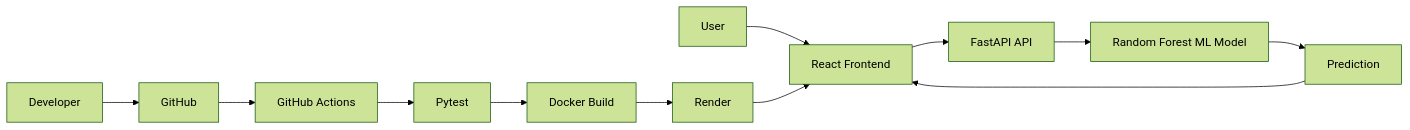
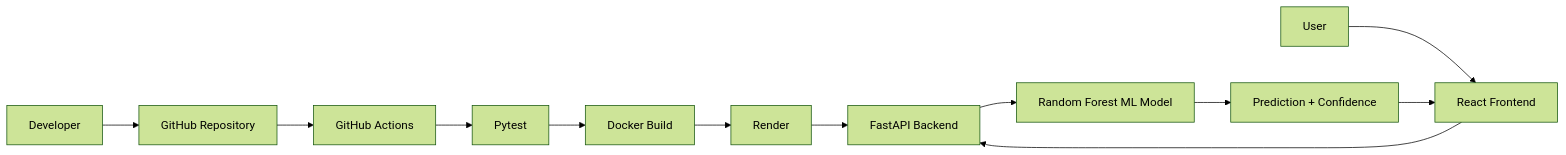
The diagram in README.md (muralidharanv170807-spec/student-performance-cicd), drawn with Mermaid (forest theme) before and after one commit. The commit also changed other lines of this file, not shown here.

````diff
--- a/README.md
+++ b/README.md
@@ -65,15 +67,15 @@
 ```mermaid
 flowchart LR
-    A[Developer] --> B[GitHub]
+    A[Developer] --> B[GitHub Repository]
     B --> C[GitHub Actions]
     C --> D[Pytest]
     D --> E[Docker Build]
     E --> F[Render]
 
     U[User] --> G[React Frontend]
-    F --> G
-    G --> H[FastAPI API]
+    F --> H[FastAPI Backend]
+    G --> H
     H --> I[Random Forest ML Model]
-    I --> J[Prediction]
+    I --> J[Prediction + Confidence]
     J --> G
 ```
````
